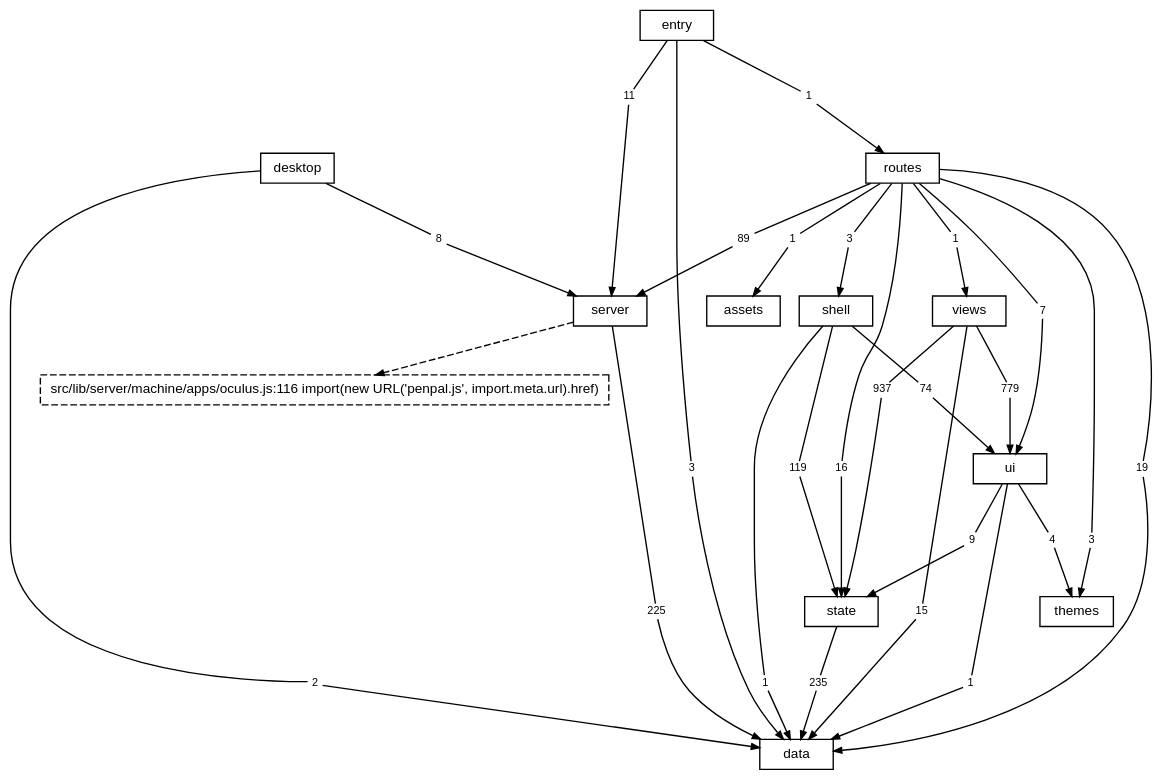
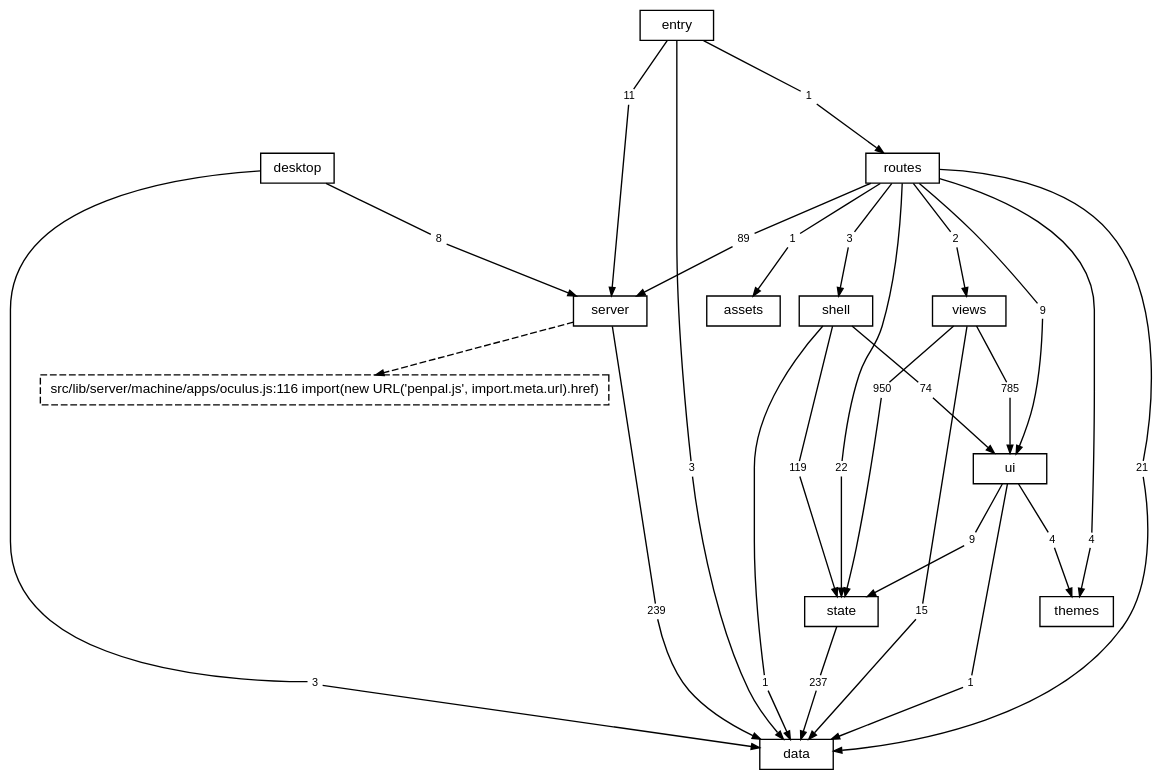
One commit to TheAxeC/oculus changed the diagram in docs/diagrams/layers.dot. Above: the diagram before and after it, drawn with Graphviz. The commit also changed 113 other files, not shown here.

```diff
--- a/docs/diagrams/layers.dot
+++ b/docs/diagrams/layers.dot
@@ -1,90 +1,90 @@
 digraph layers {
     graph [bgcolor="transparent", rankdir=TB, newrank=true, fontname="Helvetica,Arial,sans-serif", fontsize=12, nodesep=0.2, ranksep=0.5];
     node [shape=box, color="black", fontcolor="black", fontname="Helvetica,Arial,sans-serif", fontsize=10, height=0.3, margin="0.12,0.04"];
     edge [color="black", fontcolor="black", fontname="Helvetica,Arial,sans-serif", fontsize=8, arrowsize=0.6];
     "data";
     "server";
     "state";
     "ui";
     "shell";
     "views";
     "themes";
     "routes";
     "desktop";
     "src" [label="entry"];
     "files: assets" [label="assets"];
     "? src/lib/server/machine/apps/oculus.js:116" [label="src/lib/server/machine/apps/oculus.js:116 import(new URL('penpal.js', import.meta.url).href)", style=dashed];
-    "desktop to data" [label="2", shape=box, color="transparent", fontsize=8, width=0, height=0, margin="0.04,0.02"];
+    "desktop to data" [label="3", shape=box, color="transparent", fontsize=8, width=0, height=0, margin="0.04,0.02"];
     "desktop" -> "desktop to data" [arrowhead=none];
     "desktop to data" -> "data" [];
     "desktop to server" [label="8", shape=box, color="transparent", fontsize=8, width=0, height=0, margin="0.04,0.02"];
     "desktop" -> "desktop to server" [arrowhead=none];
     "desktop to server" -> "server" [];
-    "routes to data" [label="19", shape=box, color="transparent", fontsize=8, width=0, height=0, margin="0.04,0.02"];
+    "routes to data" [label="21", shape=box, color="transparent", fontsize=8, width=0, height=0, margin="0.04,0.02"];
     "routes" -> "routes to data" [arrowhead=none];
     "routes to data" -> "data" [];
     "routes to files: assets" [label="1", shape=box, color="transparent", fontsize=8, width=0, height=0, margin="0.04,0.02"];
     "routes" -> "routes to files: assets" [arrowhead=none];
     "routes to files: assets" -> "files: assets" [];
     "routes to server" [label="89", shape=box, color="transparent", fontsize=8, width=0, height=0, margin="0.04,0.02"];
     "routes" -> "routes to server" [arrowhead=none];
     "routes to server" -> "server" [];
     "routes to shell" [label="3", shape=box, color="transparent", fontsize=8, width=0, height=0, margin="0.04,0.02"];
     "routes" -> "routes to shell" [arrowhead=none];
     "routes to shell" -> "shell" [];
-    "routes to state" [label="16", shape=box, color="transparent", fontsize=8, width=0, height=0, margin="0.04,0.02"];
+    "routes to state" [label="22", shape=box, color="transparent", fontsize=8, width=0, height=0, margin="0.04,0.02"];
     "routes" -> "routes to state" [arrowhead=none];
     "routes to state" -> "state" [];
-    "routes to themes" [label="3", shape=box, color="transparent", fontsize=8, width=0, height=0, margin="0.04,0.02"];
+    "routes to themes" [label="4", shape=box, color="transparent", fontsize=8, width=0, height=0, margin="0.04,0.02"];
     "routes" -> "routes to themes" [arrowhead=none];
     "routes to themes" -> "themes" [];
-    "routes to ui" [label="7", shape=box, color="transparent", fontsize=8, width=0, height=0, margin="0.04,0.02"];
+    "routes to ui" [label="9", shape=box, color="transparent", fontsize=8, width=0, height=0, margin="0.04,0.02"];
     "routes" -> "routes to ui" [arrowhead=none];
     "routes to ui" -> "ui" [];
-    "routes to views" [label="1", shape=box, color="transparent", fontsize=8, width=0, height=0, margin="0.04,0.02"];
+    "routes to views" [label="2", shape=box, color="transparent", fontsize=8, width=0, height=0, margin="0.04,0.02"];
     "routes" -> "routes to views" [arrowhead=none];
     "routes to views" -> "views" [];
-    "server to data" [label="225", shape=box, color="transparent", fontsize=8, width=0, height=0, margin="0.04,0.02"];
+    "server to data" [label="239", shape=box, color="transparent", fontsize=8, width=0, height=0, margin="0.04,0.02"];
     "server" -> "server to data" [arrowhead=none];
     "server to data" -> "data" [];
     "shell to data" [label="1", shape=box, color="transparent", fontsize=8, width=0, height=0, margin="0.04,0.02"];
     "shell" -> "shell to data" [arrowhead=none];
     "shell to data" -> "data" [];
     "shell to state" [label="119", shape=box, color="transparent", fontsize=8, width=0, height=0, margin="0.04,0.02"];
     "shell" -> "shell to state" [arrowhead=none];
     "shell to state" -> "state" [];
     "shell to ui" [label="74", shape=box, color="transparent", fontsize=8, width=0, height=0, margin="0.04,0.02"];
     "shell" -> "shell to ui" [arrowhead=none];
     "shell to ui" -> "ui" [];
     "src to data" [label="3", shape=box, color="transparent", fontsize=8, width=0, height=0, margin="0.04,0.02"];
     "src" -> "src to data" [arrowhead=none];
     "src to data" -> "data" [];
     "src to routes" [label="1", shape=box, color="transparent", fontsize=8, width=0, height=0, margin="0.04,0.02"];
     "src" -> "src to routes" [arrowhead=none];
     "src to routes" -> "routes" [];
     "src to server" [label="11", shape=box, color="transparent", fontsize=8, width=0, height=0, margin="0.04,0.02"];
     "src" -> "src to server" [arrowhead=none];
     "src to server" -> "server" [];
-    "state to data" [label="235", shape=box, color="transparent", fontsize=8, width=0, height=0, margin="0.04,0.02"];
+    "state to data" [label="237", shape=box, color="transparent", fontsize=8, width=0, height=0, margin="0.04,0.02"];
     "state" -> "state to data" [arrowhead=none];
     "state to data" -> "data" [];
     "ui to data" [label="1", shape=box, color="transparent", fontsize=8, width=0, height=0, margin="0.04,0.02"];
     "ui" -> "ui to data" [arrowhead=none];
     "ui to data" -> "data" [];
     "ui to state" [label="9", shape=box, color="transparent", fontsize=8, width=0, height=0, margin="0.04,0.02"];
     "ui" -> "ui to state" [arrowhead=none];
     "ui to state" -> "state" [];
     "ui to themes" [label="4", shape=box, color="transparent", fontsize=8, width=0, height=0, margin="0.04,0.02"];
     "ui" -> "ui to themes" [arrowhead=none];
     "ui to themes" -> "themes" [];
     "views to data" [label="15", shape=box, color="transparent", fontsize=8, width=0, height=0, margin="0.04,0.02"];
     "views" -> "views to data" [arrowhead=none];
     "views to data" -> "data" [];
-    "views to state" [label="937", shape=box, color="transparent", fontsize=8, width=0, height=0, margin="0.04,0.02"];
+    "views to state" [label="950", shape=box, color="transparent", fontsize=8, width=0, height=0, margin="0.04,0.02"];
     "views" -> "views to state" [arrowhead=none];
     "views to state" -> "state" [];
-    "views to ui" [label="779", shape=box, color="transparent", fontsize=8, width=0, height=0, margin="0.04,0.02"];
+    "views to ui" [label="785", shape=box, color="transparent", fontsize=8, width=0, height=0, margin="0.04,0.02"];
     "views" -> "views to ui" [arrowhead=none];
     "views to ui" -> "ui" [];
     "server" -> "? src/lib/server/machine/apps/oculus.js:116" [style=dashed];
 }
```
